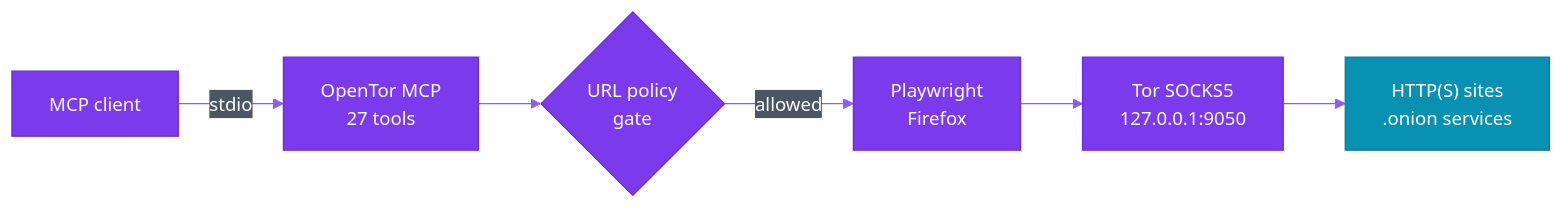
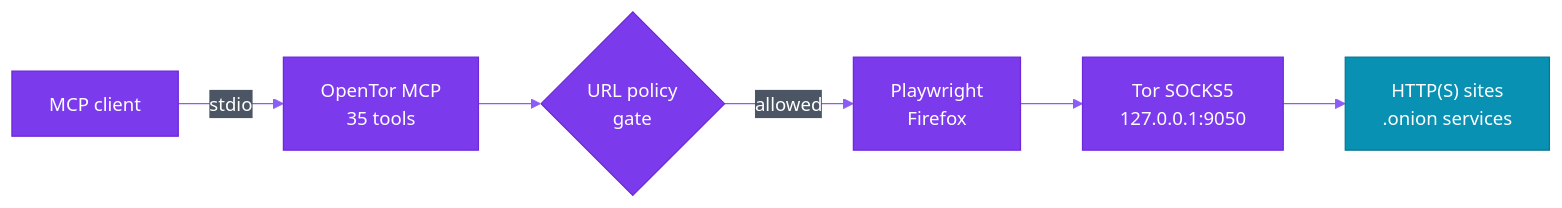
The diagram in README.md (Medamine-cheddadi/opentor-mcp), drawn with Mermaid before and after one commit. The commit also changed other lines of this file and 6 other files, not shown here.

First line of the commit message:
feat(tabs): expose multi-tab MCP tools and add tab_id to all page-operating tools

````diff
--- a/README.md
+++ b/README.md
@@ -93,12 +93,12 @@
 ```mermaid
 %%{init: {'theme':'base','fontFamily':'-apple-system, BlinkMacSystemFont, Segoe UI, Helvetica, Arial, sans-serif','themeVariables':{'primaryColor':'#7C3AED','primaryTextColor':'#FFFFFF','primaryBorderColor':'#6D28D9','lineColor':'#8B5CF6','edgeLabelBackground':'#4B5563','tertiaryTextColor':'#FFFFFF','fontSize':'15px'}}}%%
 flowchart LR
-    C["MCP client"] -->|stdio| S["OpenTor MCP<br/>27 tools"]
+    C["MCP client"] -->|stdio| S["OpenTor MCP<br/>35 tools"]
     S --> G{"URL policy<br/>gate"}
     G -->|allowed| F["Playwright<br/>Firefox"]
     F --> T["Tor SOCKS5<br/>127.0.0.1:9050"]
     T --> W["HTTP(S) sites<br/>.onion services"]
 
     classDef exit fill:#0891B2,stroke:#0E7490,color:#FFFFFF
     class W exit
 ```
````
